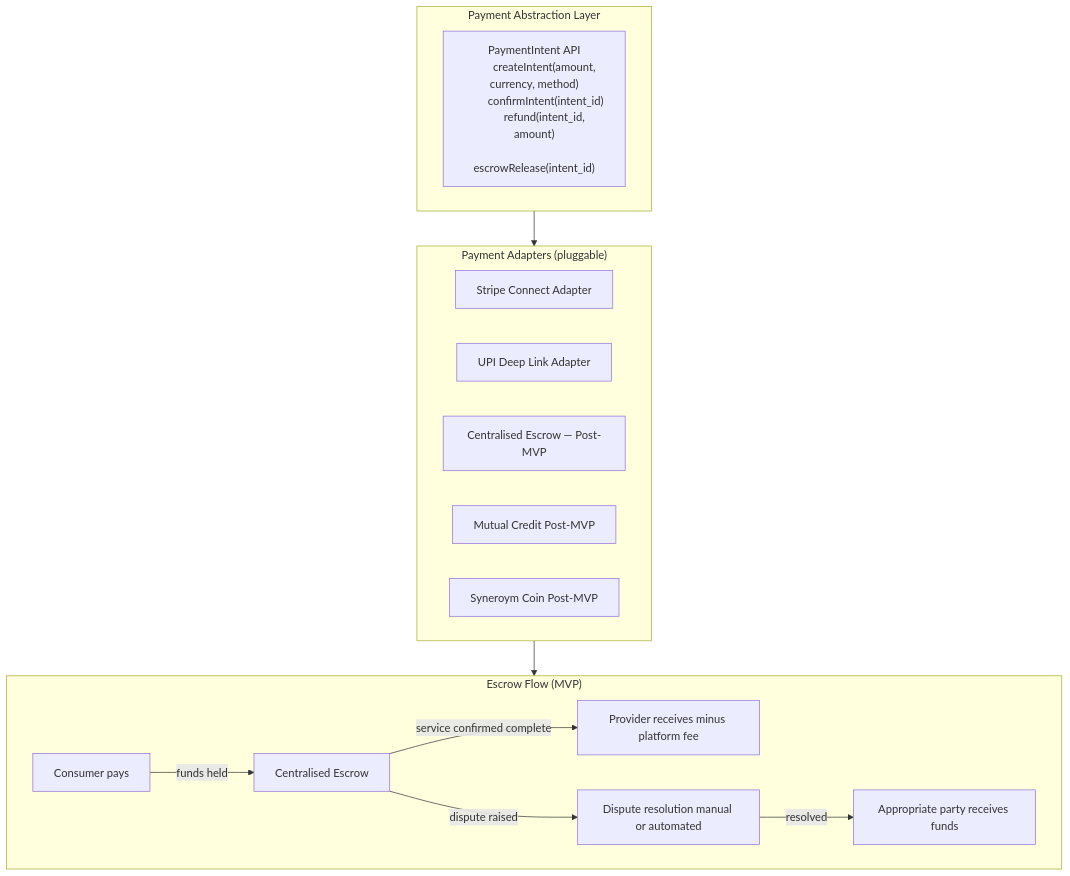
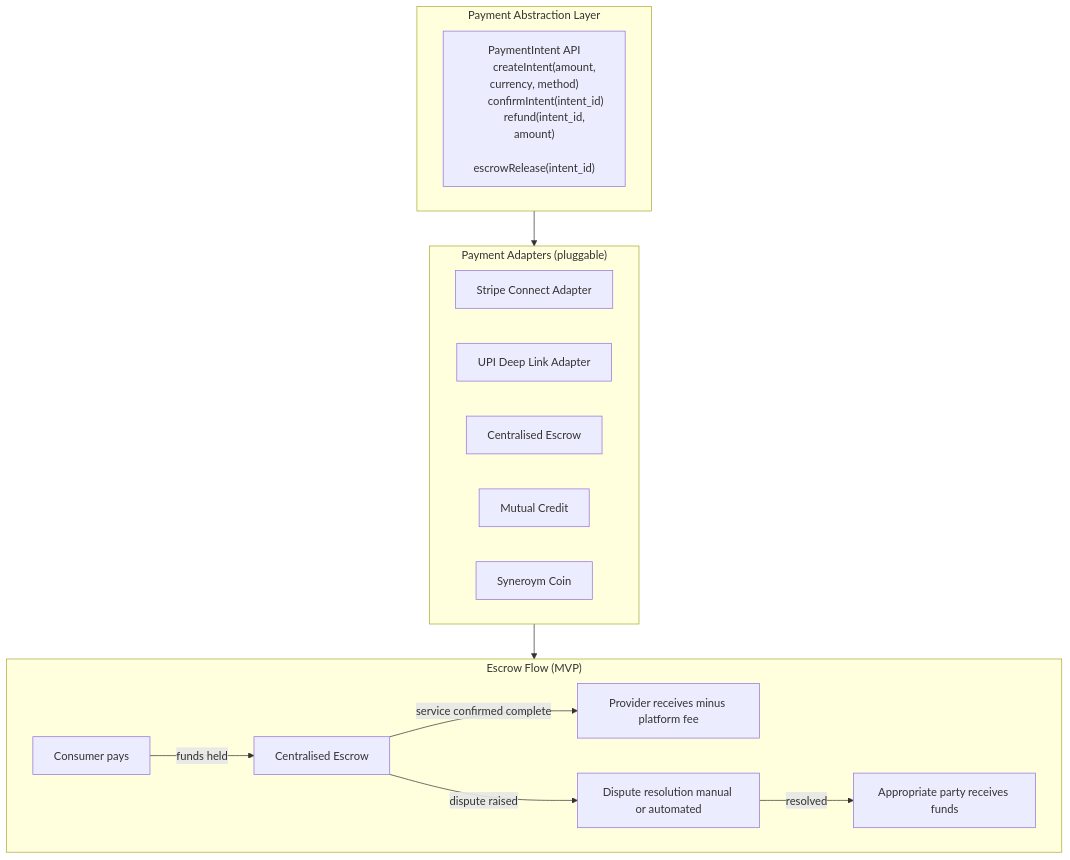
Before and after one commit to syneroym/syneroym: diagram 14 of 22 in docs/system-architecture.md, drawn with Mermaid. The commit also changed other lines of this file and 3 other files, not shown here.

First line of the commit message:
docs: reconcile architecture docs with reality

````diff
--- a/docs/system-architecture.md
+++ b/docs/system-architecture.md
@@ -750,29 +622,29 @@
 ```mermaid
 flowchart TD
     subgraph PAY_ABSTRACT["Payment Abstraction Layer"]
         API["PaymentIntent API
         createIntent(amount, currency, method)
         confirmIntent(intent_id)
         refund(intent_id, amount)
         escrowRelease(intent_id)"]
     end
 
     subgraph ADAPTERS["Payment Adapters (pluggable)"]
         STRIPE[Stripe Connect Adapter]
         UPI[UPI Deep Link Adapter]
-        ESCROW[Centralised Escrow — Post-MVP]
-        CREDIT[Mutual Credit Post-MVP]
-        COIN[Syneroym Coin Post-MVP]
+        ESCROW[Centralised Escrow]
+        CREDIT[Mutual Credit]
+        COIN[Syneroym Coin]
     end
 
     subgraph ESCROW_FLOW["Escrow Flow (MVP)"]
         direction LR
         C[Consumer pays] -->|"funds held"| E[Centralised Escrow]
         E -->|"service confirmed complete"| P[Provider receives minus platform fee]
         E -->|"dispute raised"| D[Dispute resolution manual or automated]
         D -->|"resolved"| BOTH[Appropriate party receives funds]
     end
 
     PAY_ABSTRACT --> ADAPTERS
     ADAPTERS --> ESCROW_FLOW
 ```
````
